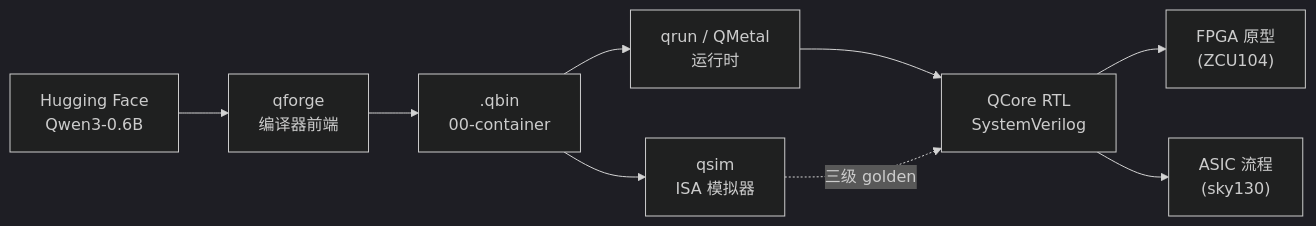
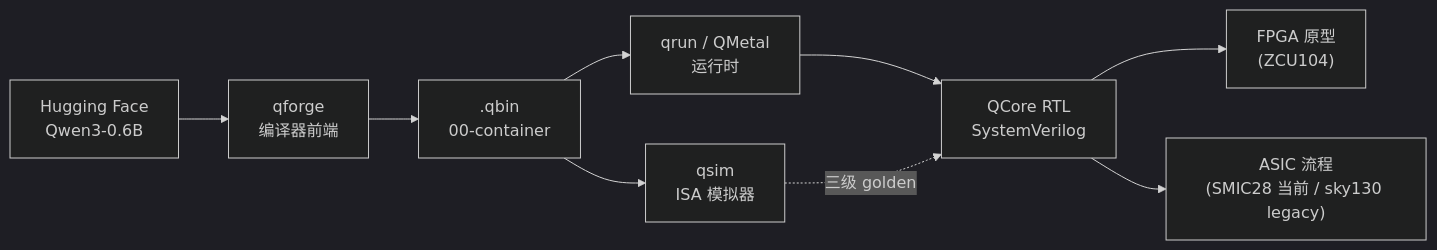
The diagram in README.md (LinckLin/OpenLPU), drawn with Mermaid (dark theme) before and after one commit. The commit also changed other lines of this file and 14 other files, not shown here.

Commit message:
ASIC: macroize matrix engine state RAMs on SMIC28

````diff
--- a/README.md
+++ b/README.md
@@ -21,11 +21,11 @@
 ```mermaid
 flowchart LR
     HF["Hugging Face<br/>Qwen3-0.6B"] --> qforge["qforge<br/>编译器前端"]
     qforge --> qbin[".qbin<br/>00-container"]
     qbin --> qsim["qsim<br/>ISA 模拟器"]
     qbin --> qrun["qrun / QMetal<br/>运行时"]
     qrun --> rtl["QCore RTL<br/>SystemVerilog"]
     qsim -. 三级 golden .-> rtl
     rtl --> fpga["FPGA 原型<br/>(ZCU104)"]
-    rtl --> asic["ASIC 流程<br/>(sky130)"]
+    rtl --> asic["ASIC 流程<br/>(SMIC28 当前 / sky130 legacy)"]
 ```
````
